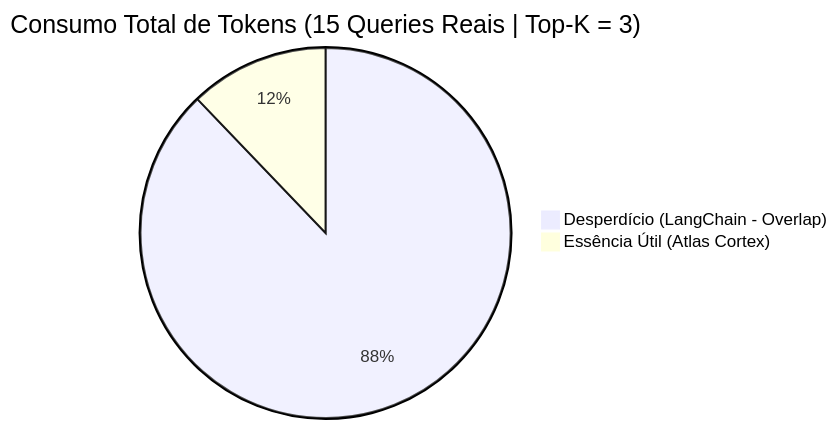
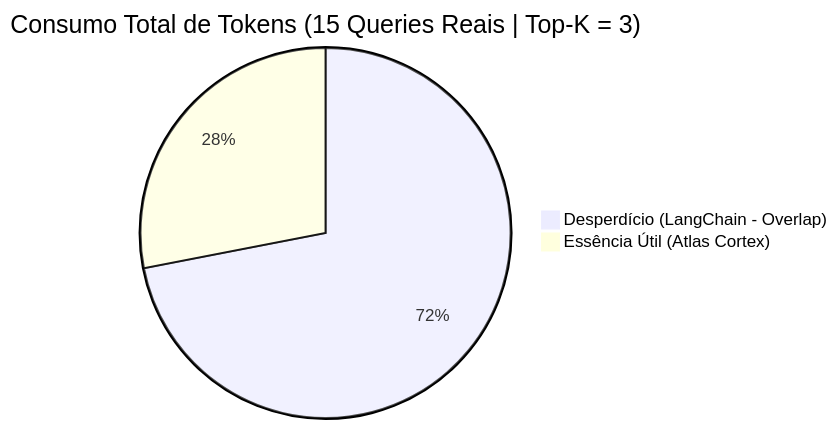
One commit to icaroths/Atlas-Cortex changed the diagram in README.md. Above: the diagram before and after it, drawn with Mermaid. The commit also changed other lines of this file and 4 other files, not shown here.

````diff
--- a/README.md
+++ b/README.md
@@ -79,5 +79,5 @@
 ```mermaid
 pie title Consumo Total de Tokens (15 Queries Reais | Top-K = 3)
-    "Desperdício (LangChain - Overlap)" : 9461
-    "Essência Útil (Atlas Cortex)" : 1309
+    "Desperdício (LangChain - Overlap)" : 8949
+    "Essência Útil (Atlas Cortex)" : 3488
 ```
````
